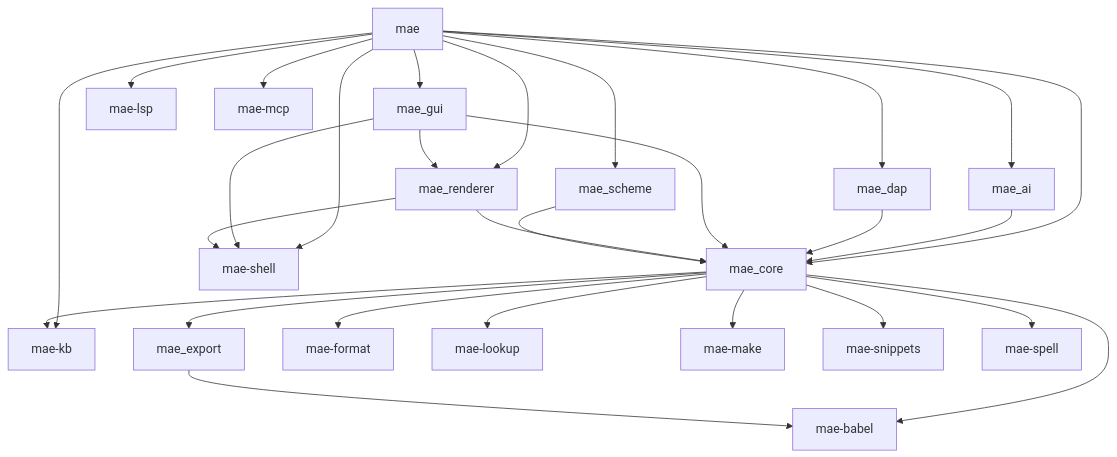
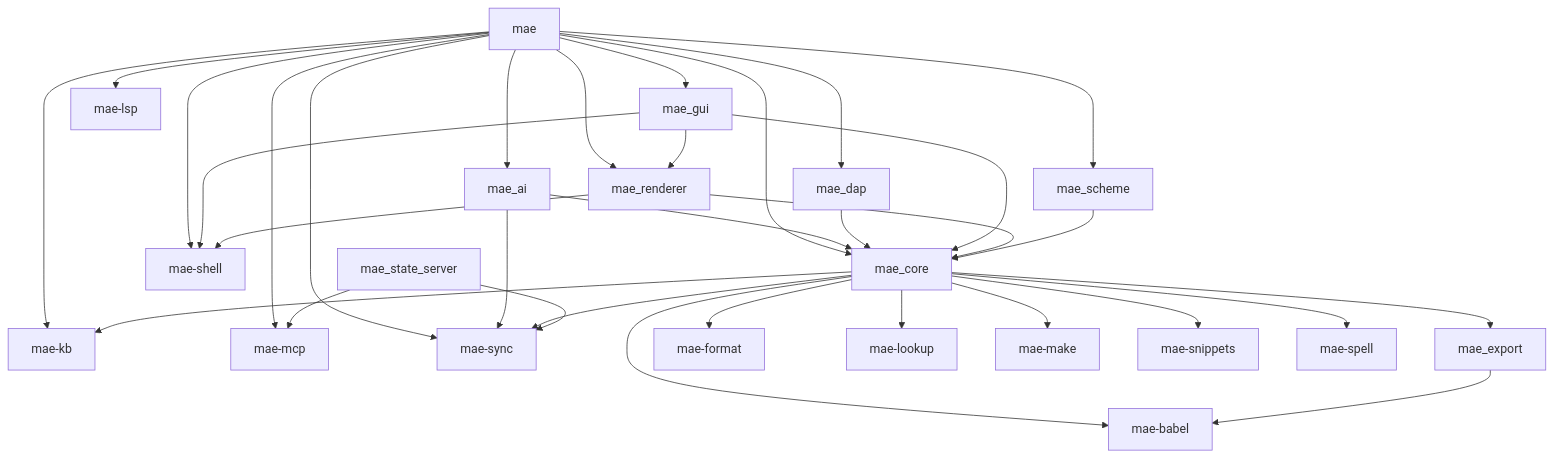
The diagram in docs/CODE_MAP.md (cuttlefisch/mae), drawn with Mermaid before and after one commit. The commit also changed other lines of this file and 2 other files, not shown here.

First line of the commit message:
fix: CI state-server test (binary crate, no --lib) + regenerate code map

````diff
--- a/docs/CODE_MAP.md
+++ b/docs/CODE_MAP.md
@@ -7,40 +7,46 @@
 ```mermaid
 graph TD
     mae --> mae_ai
     mae --> mae_core
     mae --> mae_dap
     mae --> mae_gui
     mae --> mae_kb
     mae --> mae_lsp
     mae --> mae_mcp
     mae --> mae_renderer
     mae --> mae_scheme
     mae --> mae_shell
+    mae --> mae_sync
     mae_ai --> mae_core
+    mae_ai --> mae_sync
     mae_babel[mae-babel]
     mae_core --> mae_babel
     mae_core --> mae_export
     mae_core --> mae_format
     mae_core --> mae_kb
     mae_core --> mae_lookup
     mae_core --> mae_make
     mae_core --> mae_snippets
     mae_core --> mae_spell
+    mae_core --> mae_sync
     mae_dap --> mae_core
     mae_export --> mae_babel
     mae_format[mae-format]
     mae_gui --> mae_core
     mae_gui --> mae_renderer
     mae_gui --> mae_shell
     mae_kb[mae-kb]
     mae_lookup[mae-lookup]
     mae_lsp[mae-lsp]
     mae_make[mae-make]
     mae_mcp[mae-mcp]
     mae_renderer --> mae_core
     mae_renderer --> mae_shell
     mae_scheme --> mae_core
     mae_shell[mae-shell]
     mae_snippets[mae-snippets]
     mae_spell[mae-spell]
+    mae_state_server --> mae_mcp
+    mae_state_server --> mae_sync
+    mae_sync[mae-sync]
 ```
````
